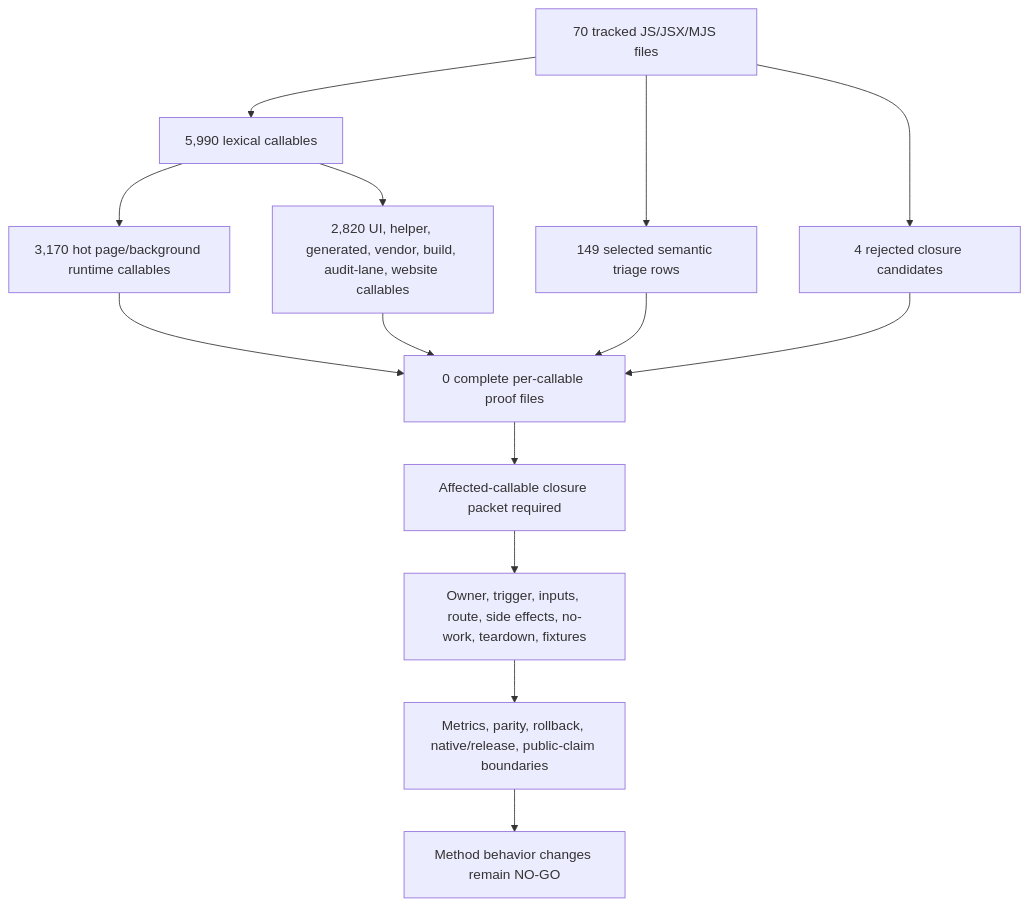
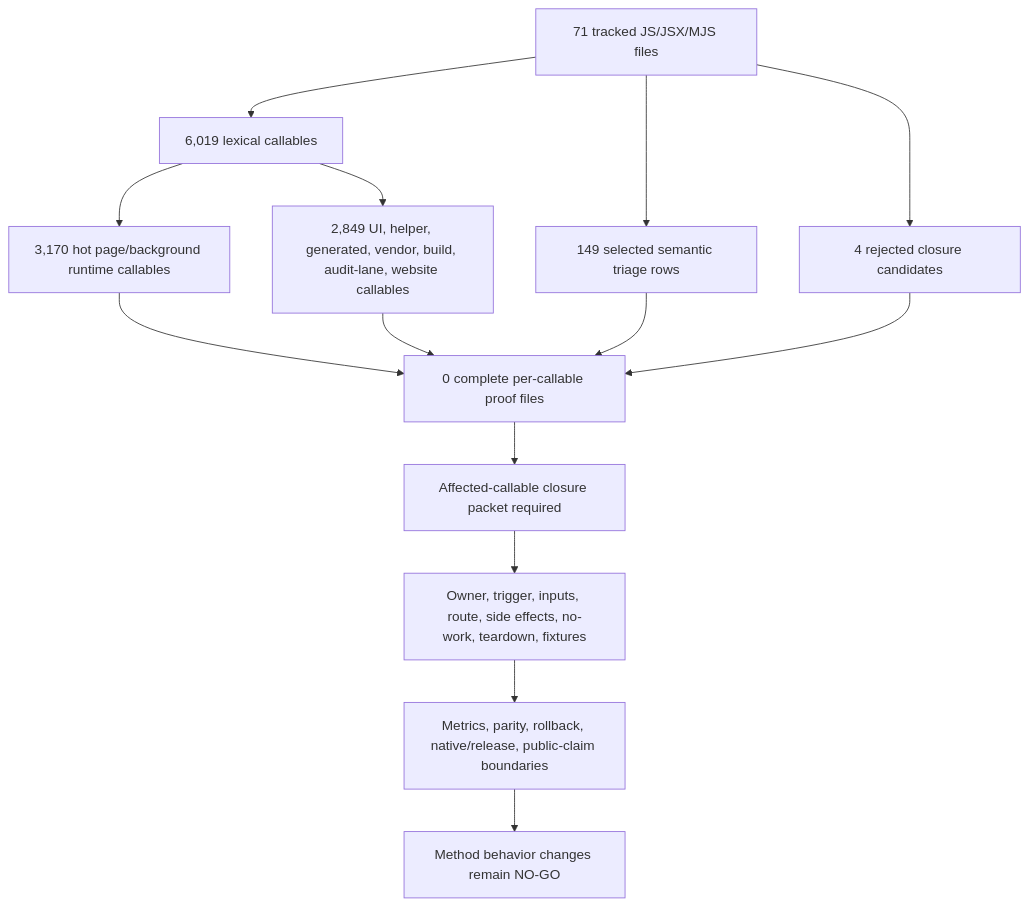
The first of 2 diagrams in docs/audit/FILTERTUBE_METHOD_SEMANTIC_PROOF_GAP_INDEX_CURRENT_BEHAVIOR_2026-05-25.md (varshneydevansh/FilterTube), drawn with Mermaid before and after one commit. The commit also changed other lines of this file and 53 other files, not shown here.

````diff
--- a/docs/audit/FILTERTUBE_METHOD_SEMANTIC_PROOF_GAP_INDEX_CURRENT_BEHAVIOR_2026-05-25.md
+++ b/docs/audit/FILTERTUBE_METHOD_SEMANTIC_PROOF_GAP_INDEX_CURRENT_BEHAVIOR_2026-05-25.md
@@ -147,16 +147,16 @@
 ```mermaid
 flowchart TD
-  A["70 tracked JS/JSX/MJS files"] --> B["5,990 lexical callables"]
+  A["71 tracked JS/JSX/MJS files"] --> B["6,019 lexical callables"]
   B --> C["3,170 hot page/background runtime callables"]
-  B --> D["2,820 UI, helper, generated, vendor, build, audit-lane, website callables"]
+  B --> D["2,849 UI, helper, generated, vendor, build, audit-lane, website callables"]
   A --> E["149 selected semantic triage rows"]
   A --> F["4 rejected closure candidates"]
   C --> G["0 complete per-callable proof files"]
   D --> G
   E --> G
   F --> G
   G --> H["Affected-callable closure packet required"]
   H --> I["Owner, trigger, inputs, route, side effects, no-work, teardown, fixtures"]
   I --> J["Metrics, parity, rollback, native/release, public-claim boundaries"]
   J --> K["Method behavior changes remain NO-GO"]
 ```
````
